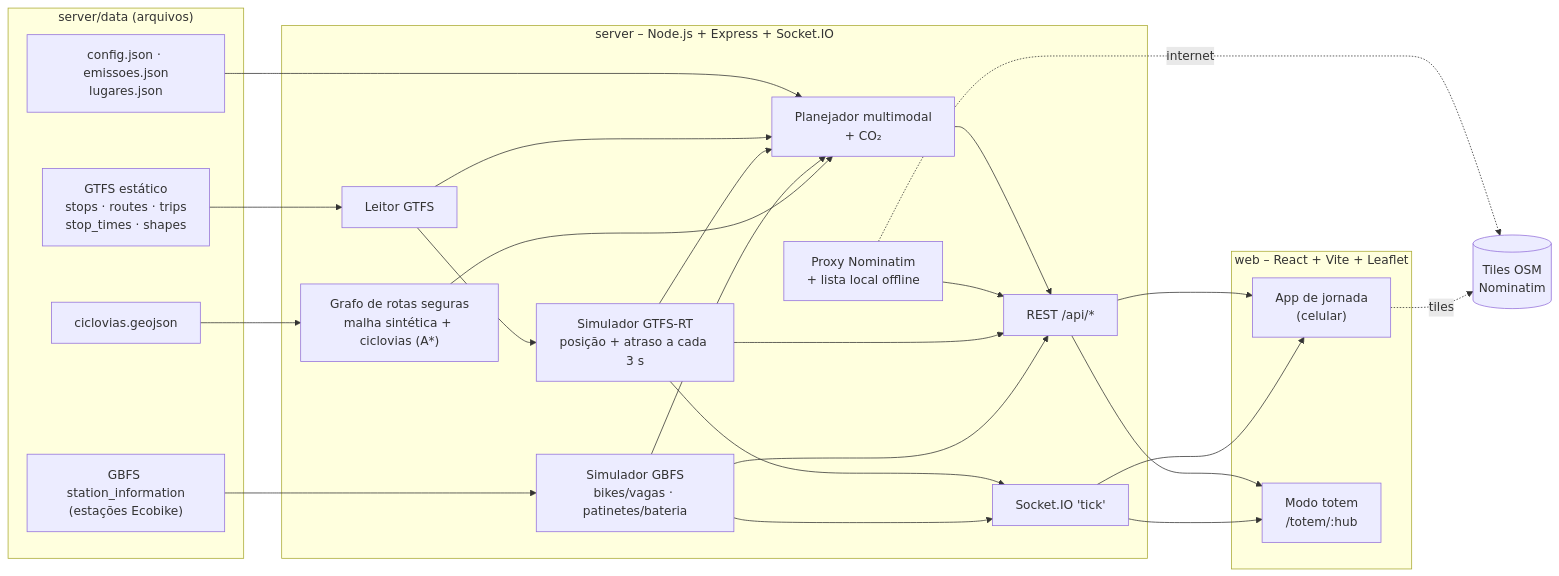
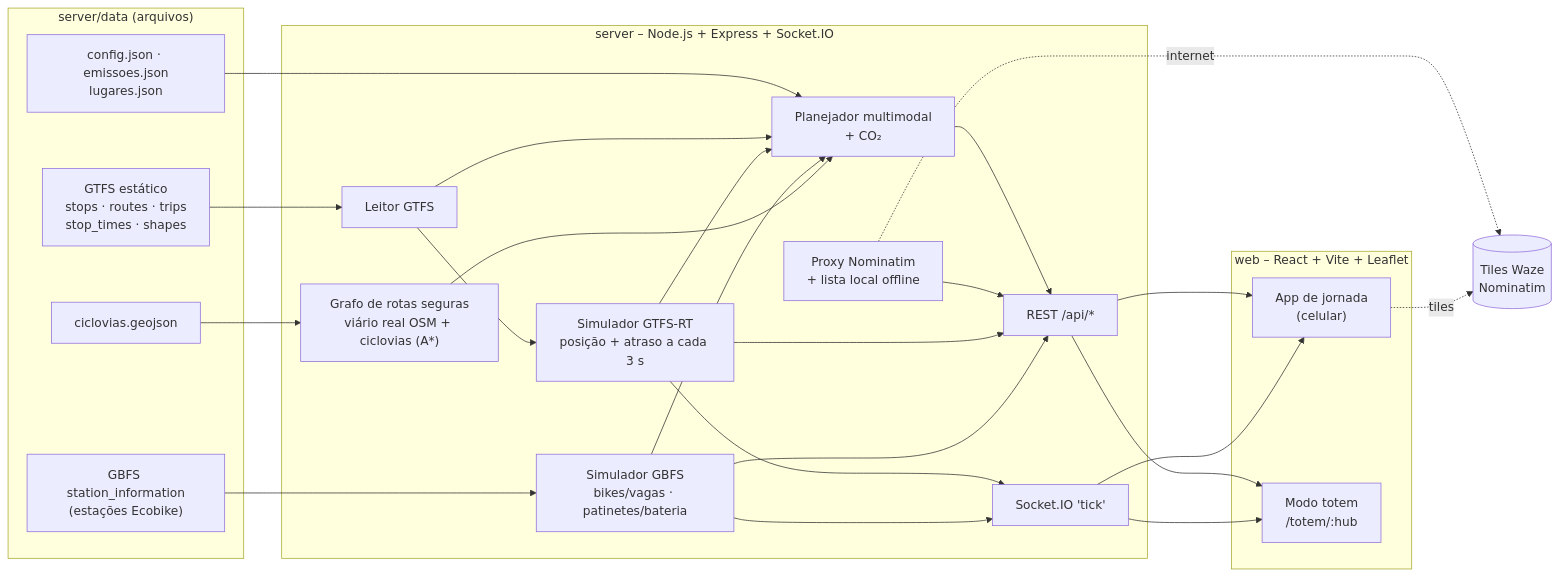
The diagram in README.md (MsShadeck/indaiatuba-integra), drawn with Mermaid before and after one commit. The commit also changed other lines of this file and 14 other files, not shown here.

First line of the commit message:
Mapa base do Waze e rotas pelo viário real de Indaiatuba (OSM)

````diff
--- a/README.md
+++ b/README.md
@@ -52,48 +52,48 @@
 ```mermaid
 flowchart LR
   subgraph Dados["server/data (arquivos)"]
     GTFS["GTFS estático<br/>stops · routes · trips<br/>stop_times · shapes"]
     GBFSI["GBFS station_information<br/>(estações Ecobike)"]
     CICLO["ciclovias.geojson"]
     CFG["config.json · emissoes.json<br/>lugares.json"]
   end
 
   subgraph Server["server – Node.js + Express + Socket.IO"]
     LER["Leitor GTFS"]
     RT["Simulador GTFS-RT<br/>posição + atraso a cada 3 s"]
     BS["Simulador GBFS<br/>bikes/vagas · patinetes/bateria"]
-    GR["Grafo de rotas seguras<br/>malha sintética + ciclovias (A*)"]
+    GR["Grafo de rotas seguras<br/>viário real OSM + ciclovias (A*)"]
     PL["Planejador multimodal<br/>+ CO₂"]
     GEO["Proxy Nominatim<br/>+ lista local offline"]
     API["REST /api/*"]
     WS["Socket.IO 'tick'"]
   end
 
   subgraph Web["web – React + Vite + Leaflet"]
     APP["App de jornada<br/>(celular)"]
     TOT["Modo totem<br/>/totem/:hub"]
   end
 
-  OSM[("Tiles OSM<br/>Nominatim")]
+  OSM[("Tiles Waze<br/>Nominatim")]
 
   GTFS --> LER --> RT
   GBFSI --> BS
   CICLO --> GR
   CFG --> PL
   LER --> PL
   RT --> PL
   BS --> PL
   GR --> PL
   RT --> WS
   BS --> WS
   PL --> API
   GEO --> API
   RT --> API
   BS --> API
   API --> APP
   API --> TOT
   WS --> APP
   WS --> TOT
   GEO -. internet .-> OSM
   APP -. tiles .-> OSM
 ```
````
